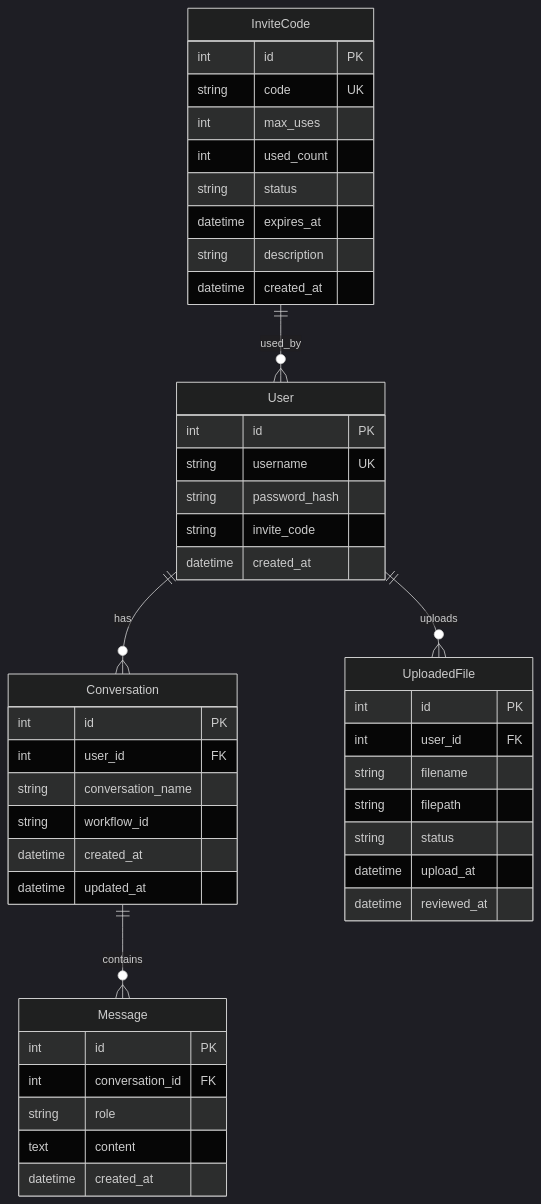
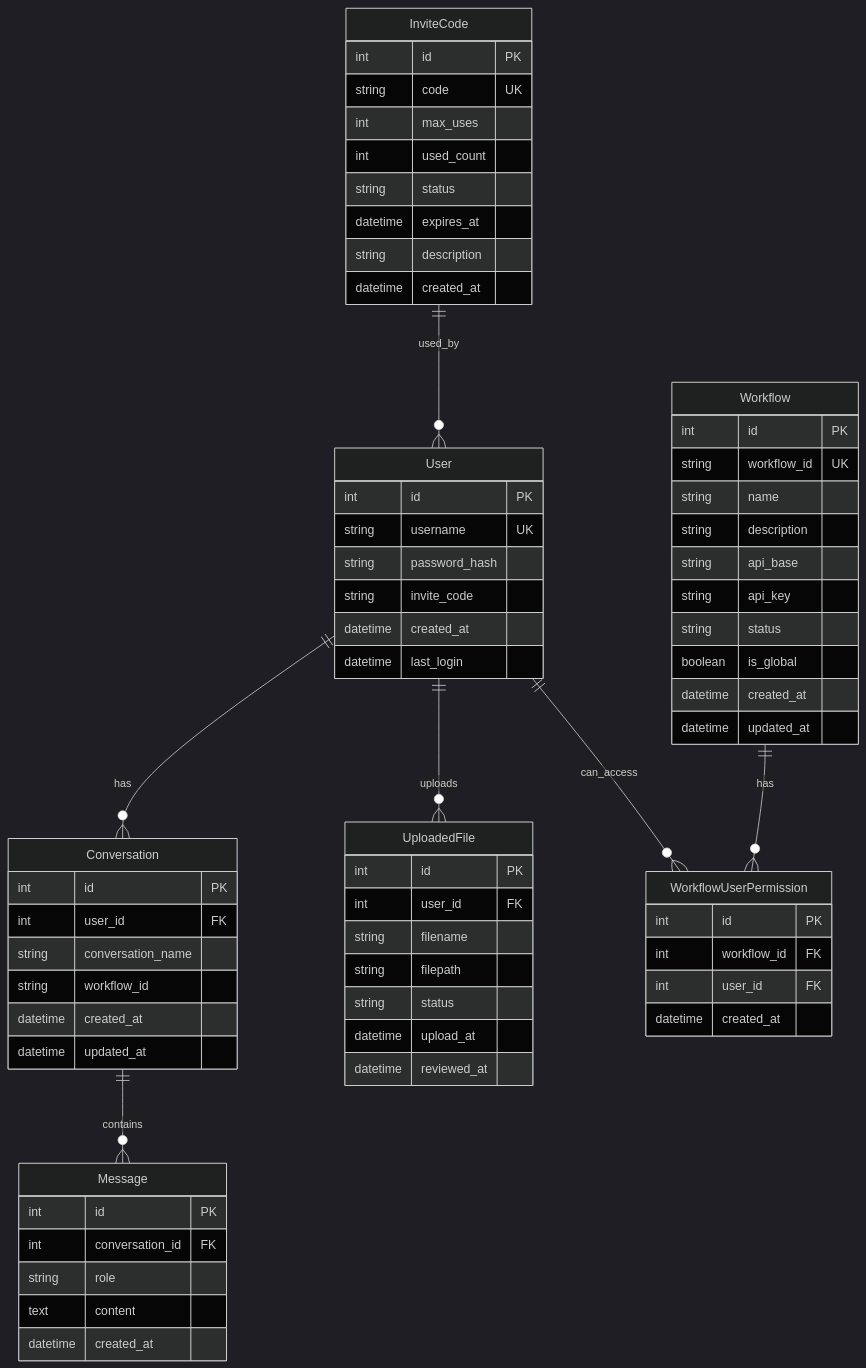
Before and after one commit to MJ-CJM/ALMA: the fourth of 4 diagrams in design/项目架构设计文档.md, drawn with Mermaid (dark theme). The commit also changed other lines of this file and 4 other files, not shown here.

````diff
--- a/design/项目架构设计文档.md
+++ b/design/项目架构设计文档.md
@@ -406,53 +427,76 @@
 ```mermaid
 erDiagram
     User ||--o{ Conversation : has
     User ||--o{ UploadedFile : uploads
     Conversation ||--o{ Message : contains
     InviteCode ||--o{ User : used_by
+    Workflow ||--o{ WorkflowUserPermission : has
+    User ||--o{ WorkflowUserPermission : can_access
     
     User {
         int id PK
         string username UK
         string password_hash
         string invite_code
+        datetime created_at
+        datetime last_login
+    }
+    
+    Workflow {
+        int id PK
+        string workflow_id UK
+        string name
+        string description
+        string api_base
+        string api_key
+        string status
+        boolean is_global
+        datetime created_at
+        datetime updated_at
+    }
+    
+    WorkflowUserPermission {
+        int id PK
+        int workflow_id FK
+        int user_id FK
         datetime created_at
     }
     
     Conversation {
         int id PK
         int user_id FK
         string conversation_name
         string workflow_id
         datetime created_at
         datetime updated_at
     }
     
     Message {
         int id PK
         int conversation_id FK
         string role
         text content
         datetime created_at
     }
     
     UploadedFile {
         int id PK
         int user_id FK
         string filename
         string filepath
         string status
         datetime upload_at
         datetime reviewed_at
     }
     
     InviteCode {
         int id PK
         string code UK
         int max_uses
         int used_count
         string status
         datetime expires_at
         string description
         datetime created_at
     }
 ```
````
